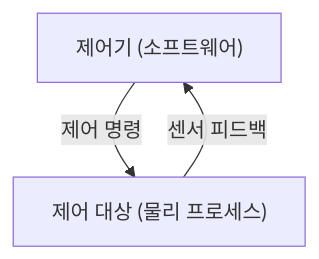
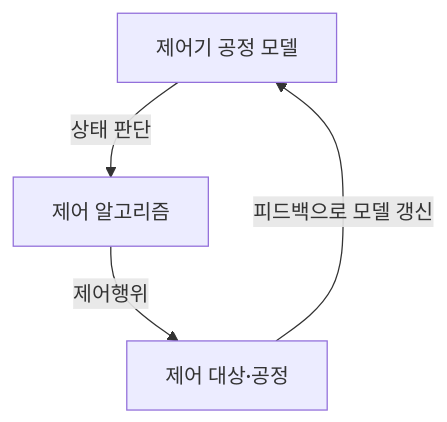
The second of 2 diagrams in src/content/docs/notes/itpe/02-software-engineering/108_stpa.md (agnusdei1207/study), drawn with Mermaid before and after one commit. The commit also changed other lines of this file and 31 other files, not shown here.

````diff
--- a/src/content/docs/notes/itpe/02-software-engineering/108_stpa.md
+++ b/src/content/docs/notes/itpe/02-software-engineering/108_stpa.md
@@ -57,5 +92,6 @@
 ```mermaid
-flowchart TB
-    C["제어기 (소프트웨어)"] -->|제어 명령| P["제어 대상 (물리 프로세스)"]
-    P -->|센서 피드백| C
+flowchart TD
+    M["제어기 공정 모델"] -->|상태 판단| C["제어 알고리즘"]
+    C -->|제어행위| P["제어 대상·공정"]
+    P -->|피드백으로 모델 갱신| M
 ```
````
